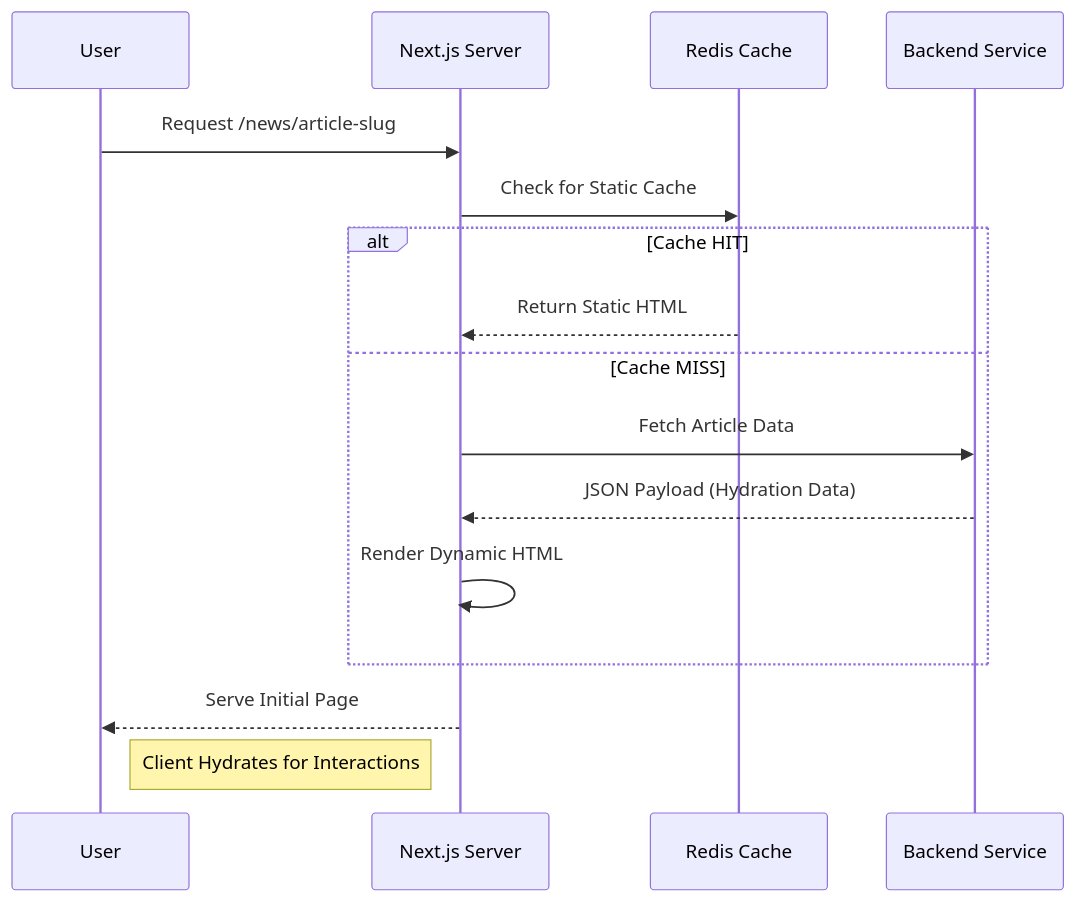
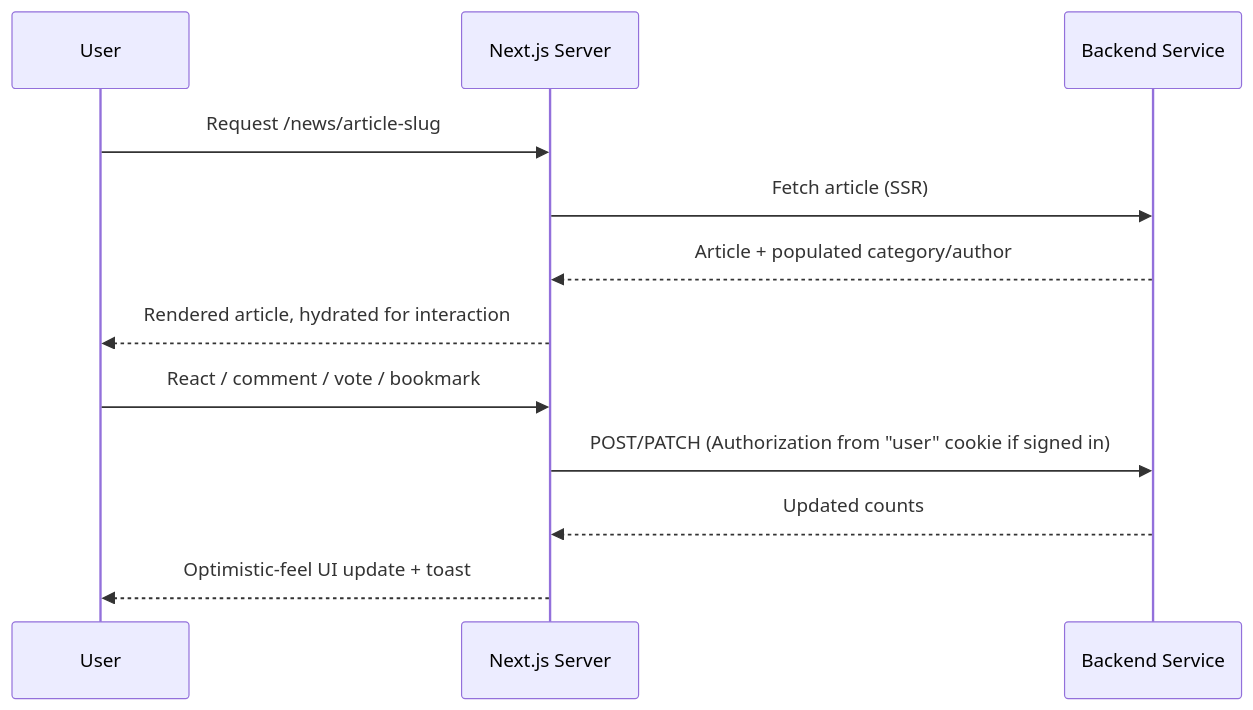
Before and after one commit to foysalahmedmin/z-news: the fourth of 4 diagrams in apps/frontend/README.md, drawn with Mermaid. The commit also changed other lines of this file, not shown here.

First line of the commit message:
docs: rewrite frontend README to match current architecture

````diff
--- a/apps/frontend/README.md
+++ b/apps/frontend/README.md
@@ -171,19 +259,16 @@
 ```mermaid
 sequenceDiagram
     participant User
     participant Next as Next.js Server
-    participant Cache as Redis Cache
     participant API as Backend Service
-    
+
     User->>Next: Request /news/article-slug
-    Next->>Cache: Check for Static Cache
-    alt Cache HIT
-        Cache-->>Next: Return Static HTML
-    else Cache MISS
-        Next->>API: Fetch Article Data
-        API-->>Next: JSON Payload (Hydration Data)
-        Next->>Next: Render Dynamic HTML
-    end
-    Next-->>User: Serve Initial Page
-    Note right of User: Client Hydrates for Interactions
+    Next->>API: Fetch article (SSR)
+    API-->>Next: Article + populated category/author
+    Next-->>User: Rendered article, hydrated for interaction
+
+    User->>Next: React / comment / vote / bookmark
+    Next->>API: POST/PATCH (Authorization from "user" cookie if signed in)
+    API-->>Next: Updated counts
+    Next-->>User: Optimistic-feel UI update + toast
 ```
````
